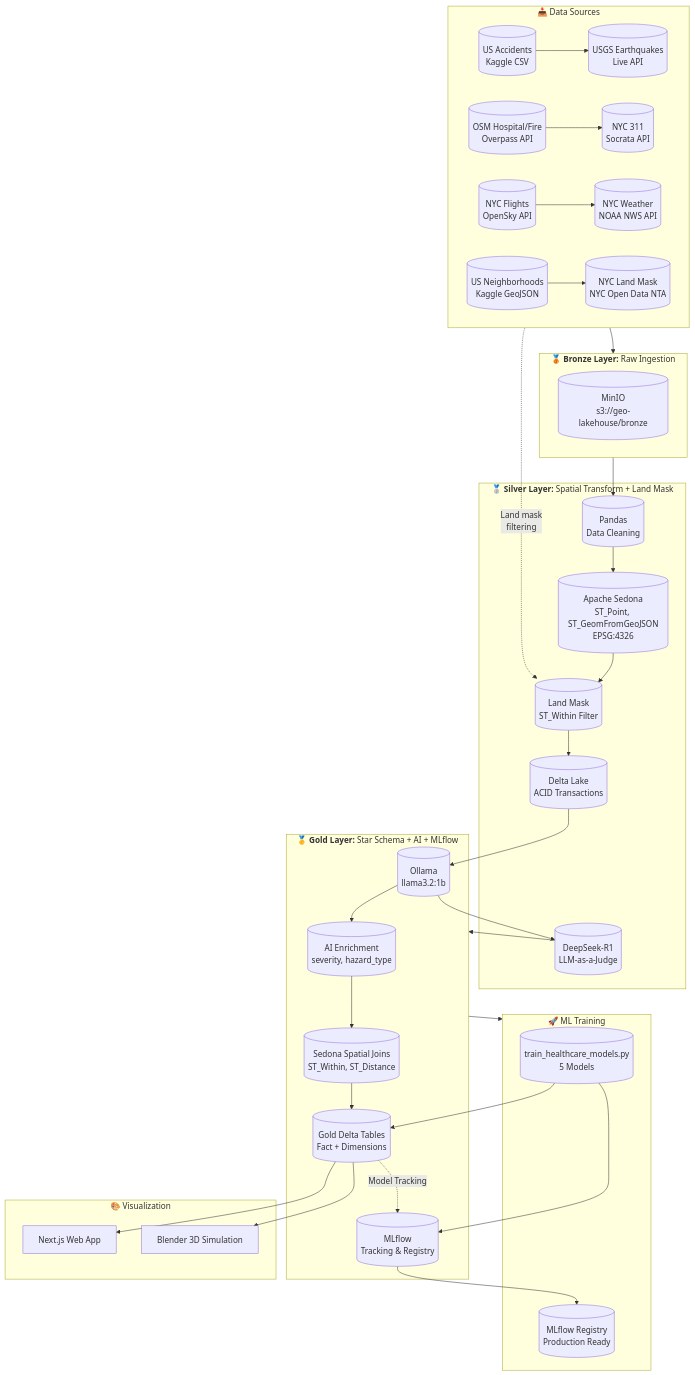
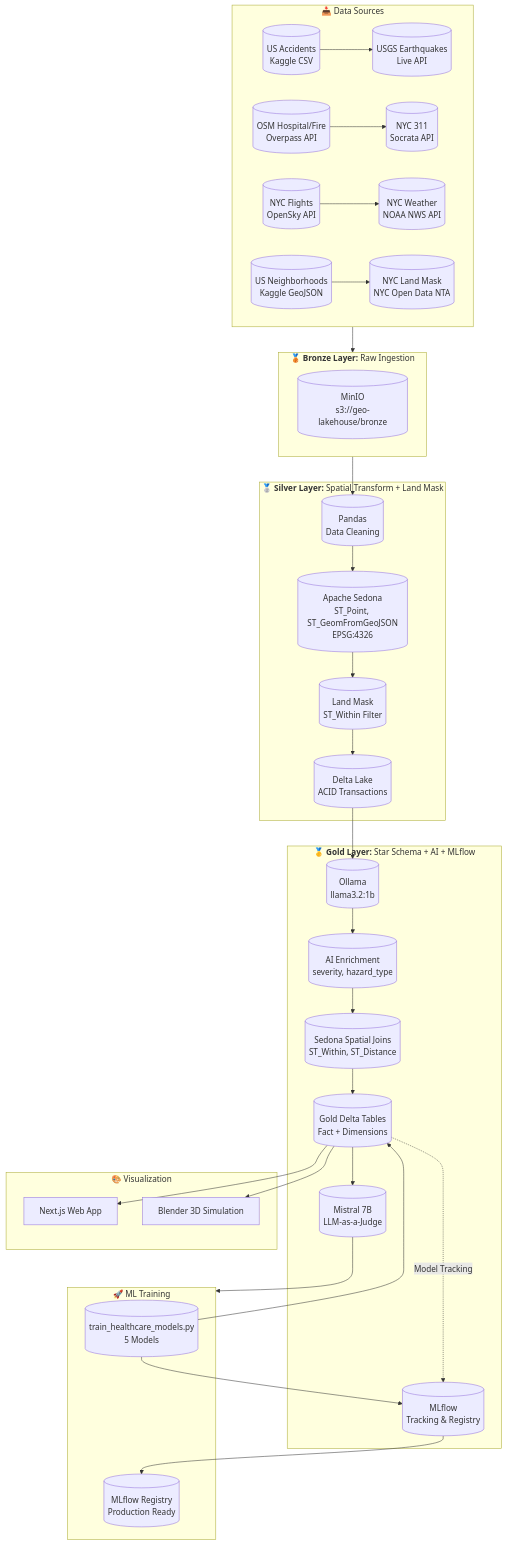
The first of 7 diagrams in README.md (matiasmagni/geo-ai-medallion-architecture-pipeline), drawn with Mermaid before and after one commit. The commit also changed other lines of this file and 35 other files, not shown here.

````diff
--- a/README.md
+++ b/README.md
@@ -40,59 +41,57 @@
 ```mermaid
 flowchart TB
     subgraph Sources["📥 Data Sources"]
         direction LR
         S1[("US Accidents<br/>Kaggle CSV")] --> S2[("USGS Earthquakes<br/>Live API")]
         S3[("OSM Hospital/Fire<br/>Overpass API")] --> S4[("NYC 311<br/>Socrata API")]
         S5[("NYC Flights<br/>OpenSky API")] --> S6[("NYC Weather<br/>NOAA NWS API")]
         S7[("US Neighborhoods<br/>Kaggle GeoJSON")] --> S8[("NYC Land Mask<br/>NYC Open Data NTA")]
     end
     
     subgraph Bronze["<b>🥉 Bronze Layer:</b> Raw Ingestion"]
         B[("MinIO<br/>s3://geo-lakehouse/bronze")]
     end
     
     subgraph Silver["<b>🥈 Silver Layer:</b> Spatial Transform + Land Mask"]
         ST[("Apache Sedona<br/>ST_Point, ST_GeomFromGeoJSON<br/>EPSG:4326")]
         PANDAS[("Pandas<br/>Data Cleaning")]
         Mask[("Land Mask<br/>ST_Within Filter")]
         SDelta[("Delta Lake<br/>ACID Transactions")]
-        Judge[("DeepSeek-R1<br/>LLM-as-a-Judge")]
     end
     
     subgraph Gold["<b>🥇 Gold Layer:</b> Star Schema + AI + MLflow"]
         Ollama[("Ollama<br/>llama3.2:1b")]
         AI[("AI Enrichment<br/>severity, hazard_type")]
         SJ[("Sedona Spatial Joins<br/>ST_Within, ST_Distance")]
         GF[("Gold Delta Tables<br/>Fact + Dimensions")]
         ML[("MLflow<br/>Tracking & Registry")]
+        Judge[("Mistral 7B<br/>LLM-as-a-Judge")]
     end
     
     subgraph Training["🚀 ML Training"]
         T[("train_healthcare_models.py<br/>5 Models")]
         T --> ML
         ML --> MR[("MLflow Registry<br/>Production Ready")]
     end
     
     subgraph Viz["🎨 Visualization"]
         WA["Next.js Web App"]
         B3D["Blender 3D Simulation"]
     end
     
     Sources --> Bronze
     Bronze --> PANDAS
     PANDAS --> ST
     ST --> Mask
     Mask --> SDelta
     SDelta --> Ollama
-    Ollama --> Judge
-    Judge --> Gold
-    Gold --> Training
-    S8 -.->|Land mask<br/>filtering| Mask
     Ollama --> AI
     AI --> SJ
     SJ --> GF
     GF -.->|Model Tracking| ML
+    GF --> Judge
+    Judge --> Training
     GF --> WA
     GF --> B3D
     T --> GF
 ```
````
